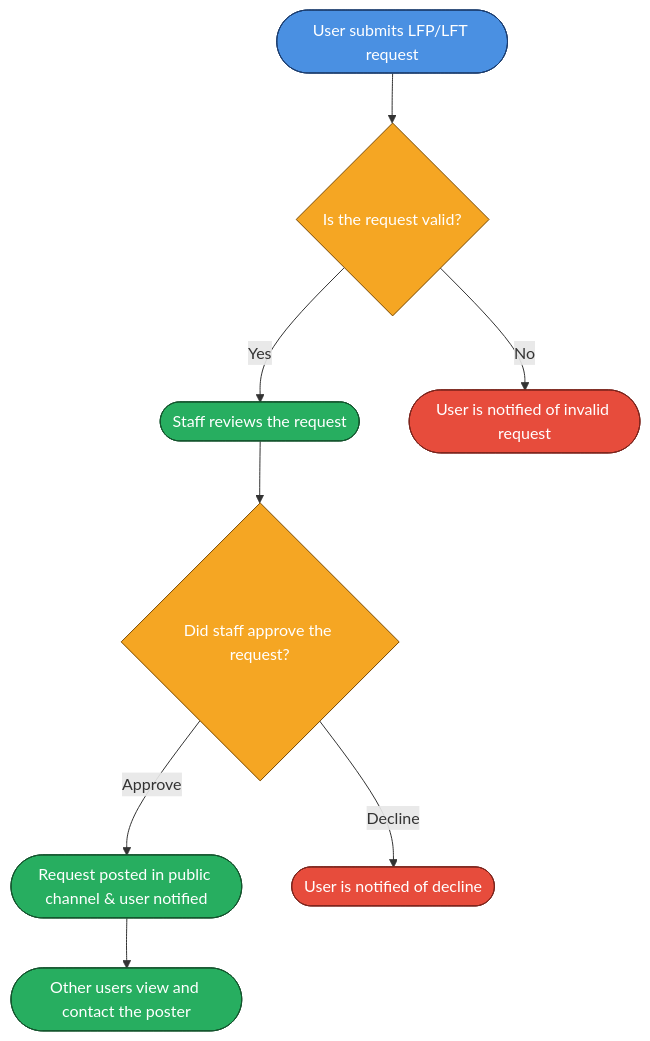
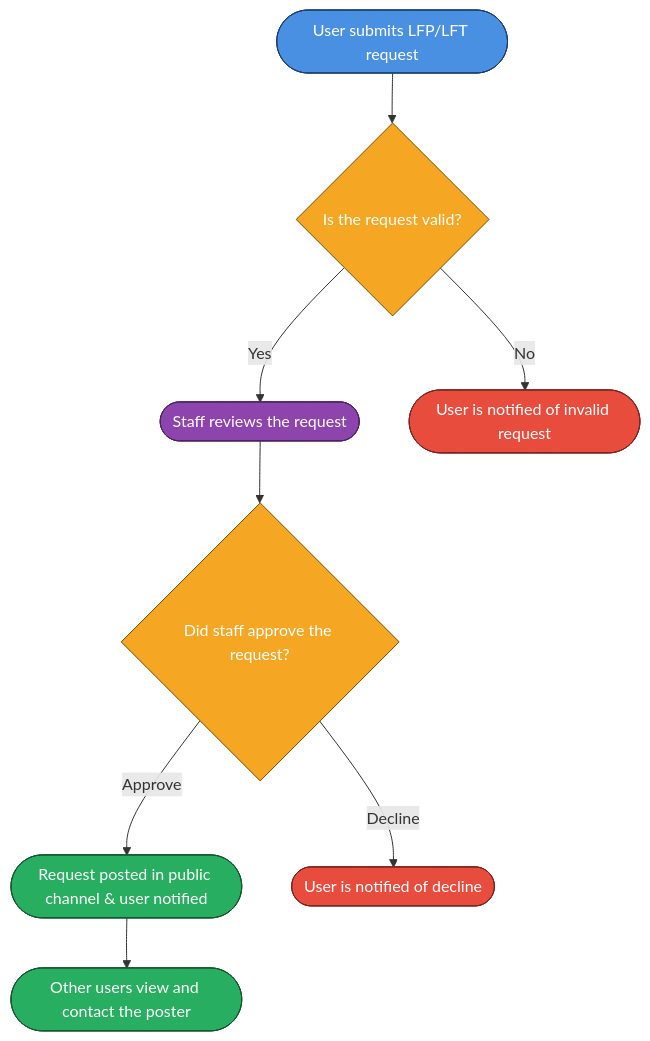
One commit to MonishKrishna2009/Apatite-Bot changed the first of 2 diagrams in docs/Lfp-Lft System.md. Above: the diagram before and after it, drawn with Mermaid. The commit also changed other lines of this file, not shown here.

````diff
--- a/docs/Lfp-Lft System.md
+++ b/docs/Lfp-Lft System.md
@@ -13,19 +16,20 @@
 ```mermaid
 flowchart TD
     A([User submits LFP/LFT request]):::user --> B{Is the request valid?}:::decision
     
-    B -- Yes --> C([Staff reviews the request]):::success
+    B -- Yes --> C([Staff reviews the request]):::process
     B -- No --> D([User is notified of invalid request]):::error
     
     C --> E{Did staff approve the request?}:::decision
     E -- Approve --> F([Request posted in public channel & user notified]):::success
     E -- Decline --> G([User is notified of decline]):::error
     
     F --> H([Other users view and contact the poster]):::success
 
     %% Styles
     classDef user fill:#4A90E2,stroke:#1C3D6E,color:#fff;
     classDef decision fill:#F5A623,stroke:#7A4A00,color:#fff;
+    classDef process fill:#8E44AD,stroke:#4A235A,color:#fff;
     classDef success fill:#27AE60,stroke:#14532D,color:#fff;
     classDef error fill:#E74C3C,stroke:#7B241C,color:#fff;
 ```
````
